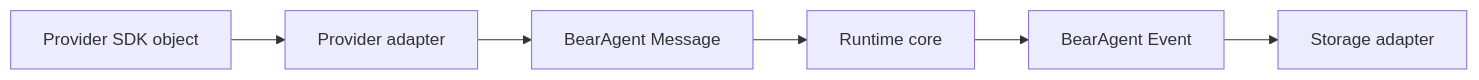
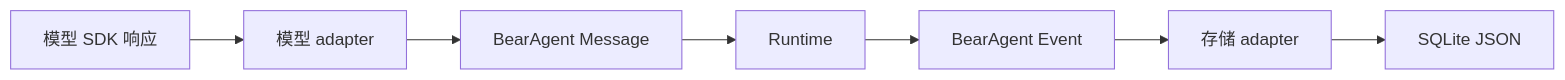
One commit to CherryYang05/BearAgent changed the diagram in site/src/content/docs/zh-cn/architecture/domain-contracts.md. Above: the diagram before and after it, drawn with Mermaid. The commit also changed other lines of this file and 51 other files, not shown here.

Commit message:
Rewrite BearAgent documentation for clarity

````diff
--- a/site/src/content/docs/zh-cn/architecture/domain-contracts.md
+++ b/site/src/content/docs/zh-cn/architecture/domain-contracts.md
@@ -48,8 +21,9 @@
 ```mermaid
 flowchart LR
-    SDK[Provider SDK object] --> AD[Provider adapter]
-    AD --> MSG[BearAgent Message]
-    MSG --> RT[Runtime core]
-    RT --> EVT[BearAgent Event]
-    EVT --> SA[Storage adapter]
+    SDK["模型 SDK 响应"] --> MA["模型 adapter"]
+    MA --> M["BearAgent Message"]
+    M --> R["Runtime"]
+    R --> E["BearAgent Event"]
+    E --> SA["存储 adapter"]
+    SA --> DB["SQLite JSON"]
 ```
````
